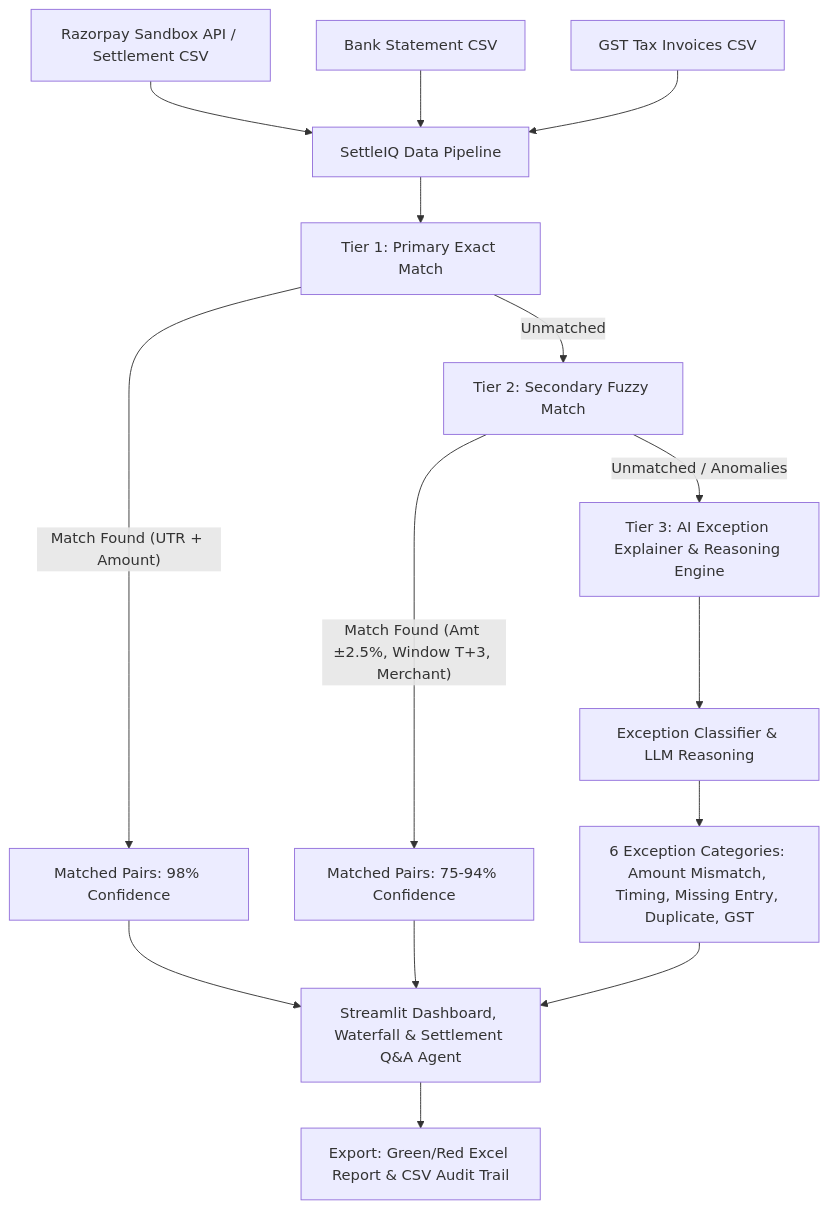
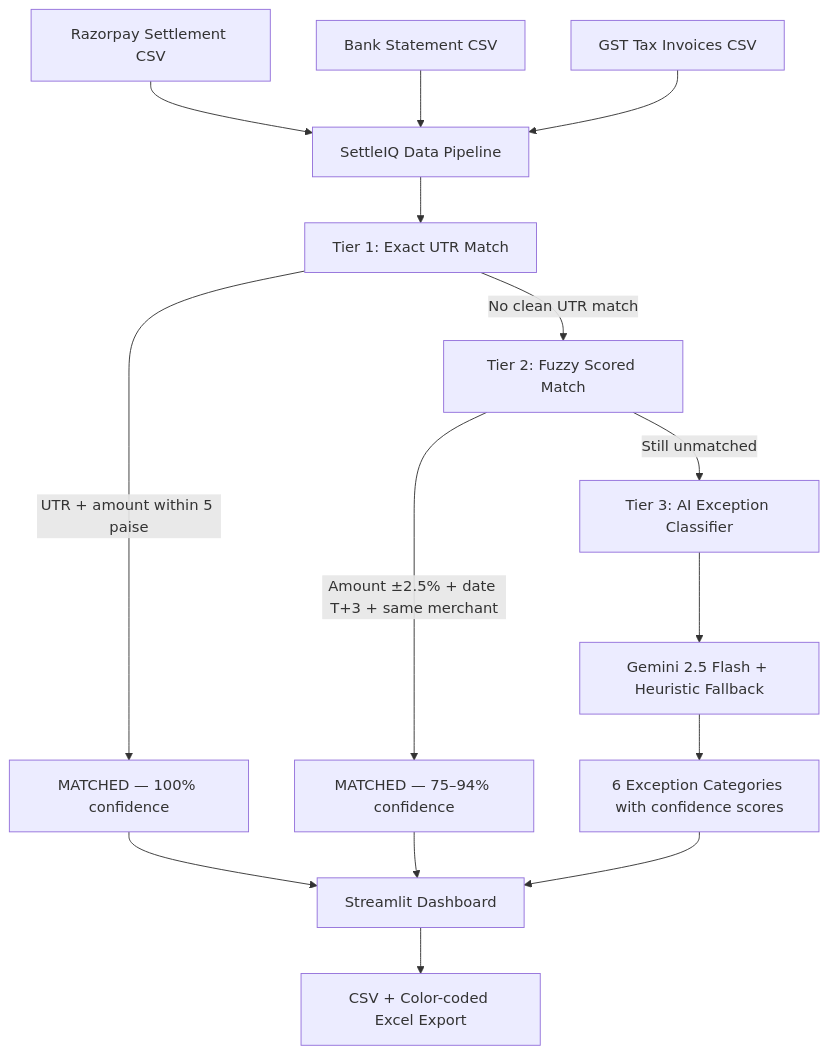
Before and after one commit to Yashika-code/SettleIQ: the diagram in README.md, drawn with Mermaid. The commit also changed other lines of this file, not shown here.

````diff
--- a/README.md
+++ b/README.md
@@ -55,21 +56,21 @@
 ```mermaid
 graph TD
-    A[Razorpay Sandbox API / Settlement CSV] --> D[SettleIQ Data Pipeline]
+    A[Razorpay Settlement CSV] --> D[SettleIQ Data Pipeline]
     B[Bank Statement CSV] --> D
     C[GST Tax Invoices CSV] --> D
-    
-    D --> E[Tier 1: Primary Exact Match]
-    E -- Match Found (UTR + Amount) --> M1[Matched Pairs: 98% Confidence]
-    E -- Unmatched --> F[Tier 2: Secondary Fuzzy Match]
-    
-    F -- Match Found (Amt ±2.5%, Window T+3, Merchant) --> M2[Matched Pairs: 75-94% Confidence]
-    F -- Unmatched / Anomalies --> G[Tier 3: AI Exception Explainer & Reasoning Engine]
-    
-    G --> H[Exception Classifier & LLM Reasoning]
-    H --> I[6 Exception Categories: Amount Mismatch, Timing, Missing Entry, Duplicate, GST]
-    
-    M1 --> Dash[Streamlit Dashboard, Waterfall & Settlement Q&A Agent]
+
+    D --> E[Tier 1: Exact UTR Match]
+    E -- UTR + amount within 5 paise --> M1[MATCHED — 100% confidence]
+    E -- No clean UTR match --> F[Tier 2: Fuzzy Scored Match]
+
+    F -- Amount ±2.5% + date T+3 + same merchant --> M2[MATCHED — 75–94% confidence]
+    F -- Still unmatched --> G[Tier 3: AI Exception Classifier]
+
+    G --> H[Gemini 2.5 Flash + Heuristic Fallback]
+    H --> I[6 Exception Categories with confidence scores]
+
+    M1 --> Dash[Streamlit Dashboard]
     M2 --> Dash
     I --> Dash
-    Dash --> Export[Export: Green/Red Excel Report & CSV Audit Trail]
+    Dash --> Export[CSV + Color-coded Excel Export]
 ```
````
